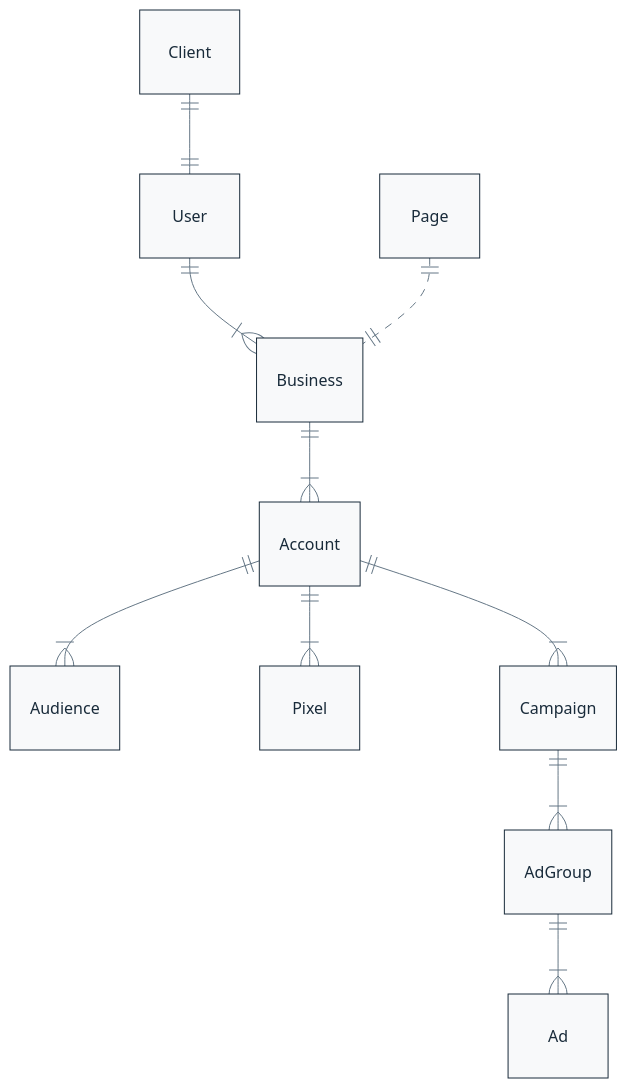
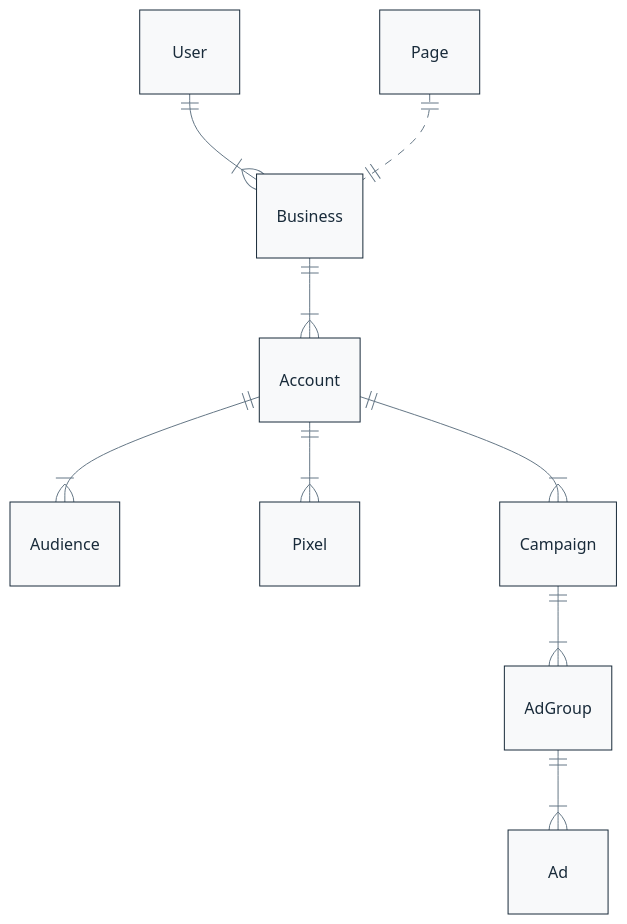
The diagram in README.md (kobusjoubert/active_ad), drawn with Mermaid before and after one commit. The commit also changed other lines of this file and 18 other files, not shown here.

Commit message:
fix: Facebook client needs to use a user access token and not an app access token for requests

````diff
--- a/README.md
+++ b/README.md
@@ -113,24 +113,23 @@
 ```mermaid
 %%{
   init: {
     'theme': 'base',
     'themeVariables': {
       'primaryColor': '#f8f9fa',
       'primaryTextColor': '#192b3a',
       'primaryBorderColor': '#192b3a',
       'textColor': '#192b3a',
       'lineColor': '#657786'
     }
   }
 }%%
   erDiagram
-    Client ||--|| User : ""
     User ||--|{ Business : ""
     Page ||..|| Business : ""
     Business ||--|{ Account : ""
     Account ||--|{ Audience : ""
     Account ||--|{ Pixel : ""
     Account ||--|{ Campaign : ""
     Campaign ||--|{ AdGroup : ""
     AdGroup ||--|{ Ad : ""
 ```
````
